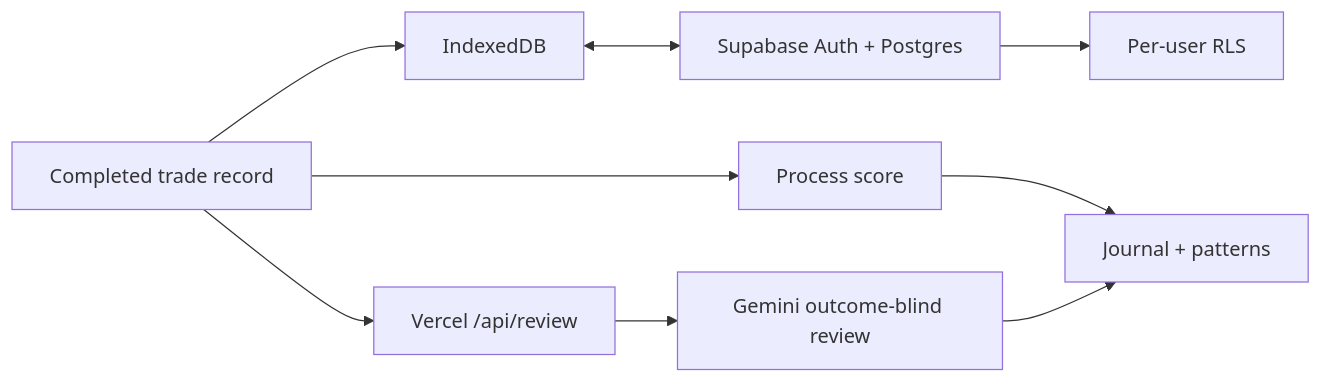
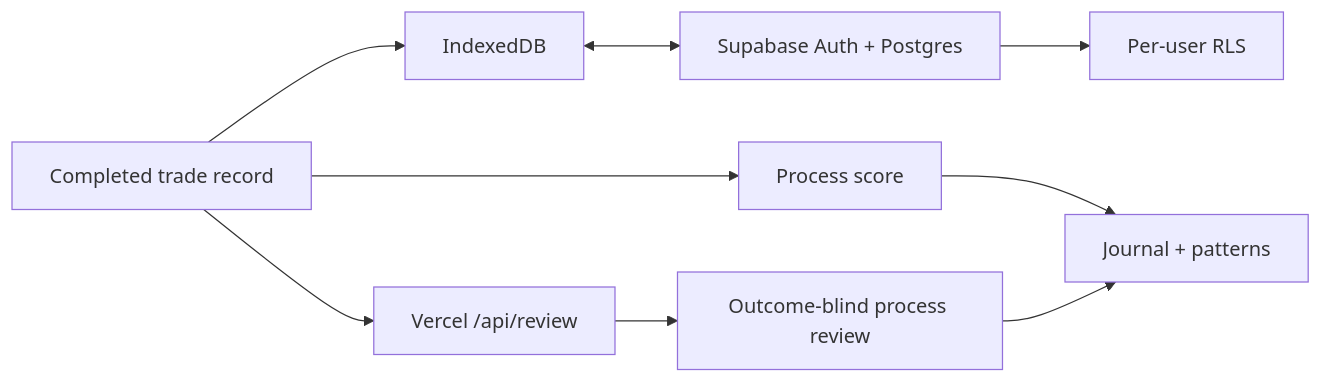
The diagram in README.md (ezekiel6262/processalpha), drawn with Mermaid before and after one commit. The commit also changed other lines of this file and 8 other files, not shown here.

````diff
--- a/README.md
+++ b/README.md
@@ -24,11 +24,11 @@
 ```mermaid
 flowchart LR
     U[Completed trade record] --> L[IndexedDB]
     U --> S[Process score]
     U --> R[Vercel /api/review]
-    R --> G[Gemini outcome-blind review]
+    R --> G[Outcome-blind process review]
     L <--> C[Supabase Auth + Postgres]
     C --> P[Per-user RLS]
     S --> UI[Journal + patterns]
     G --> UI
 ```
````
